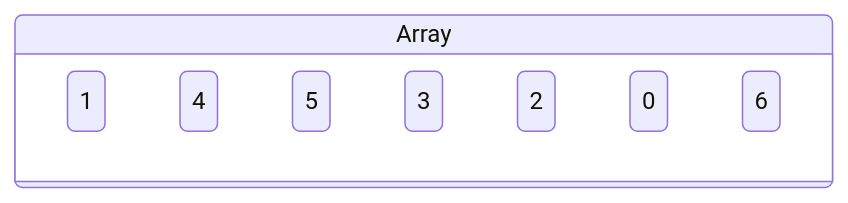
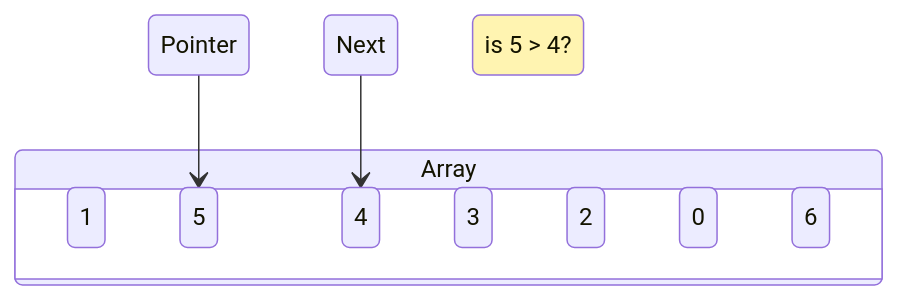
Before and after one commit to AegeanGrey/ProgrammingProject0_CS-2430: diagram 11 of 14 in docs/cs2430_CodingCadets_p1_Report.md, drawn with Mermaid. The commit also changed other lines of this file, not shown here.

````diff
--- a/docs/cs2430_CodingCadets_p1_Report.md
+++ b/docs/cs2430_CodingCadets_p1_Report.md
@@ -380,13 +355,20 @@
 ```mermaid
 stateDiagram-v2
-    direction LR
+	classDef note fill:#fff4b1
+
+    direction TB
     state Array {
+	    direction LR
         one: 1
+        five: 5
         four: 4
-        five: 5
         three: 3
         two: 2
         zero: 0
         six: 6
     }
+	Pointer --> five
+	Next --> four
+	Note: is 5 > 4?
+	class Note note
 ```
````
